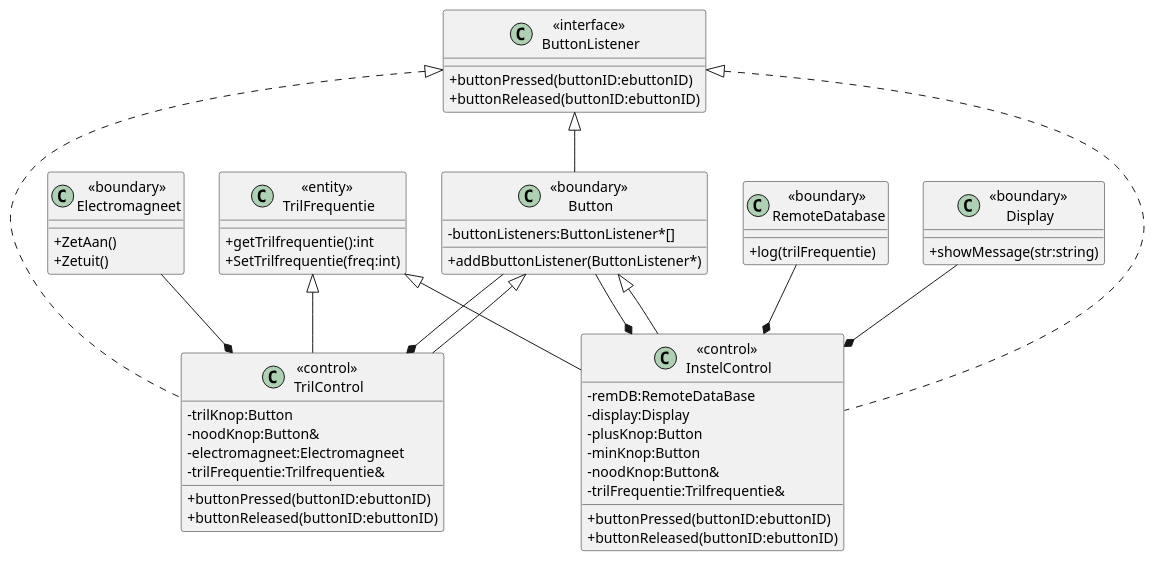
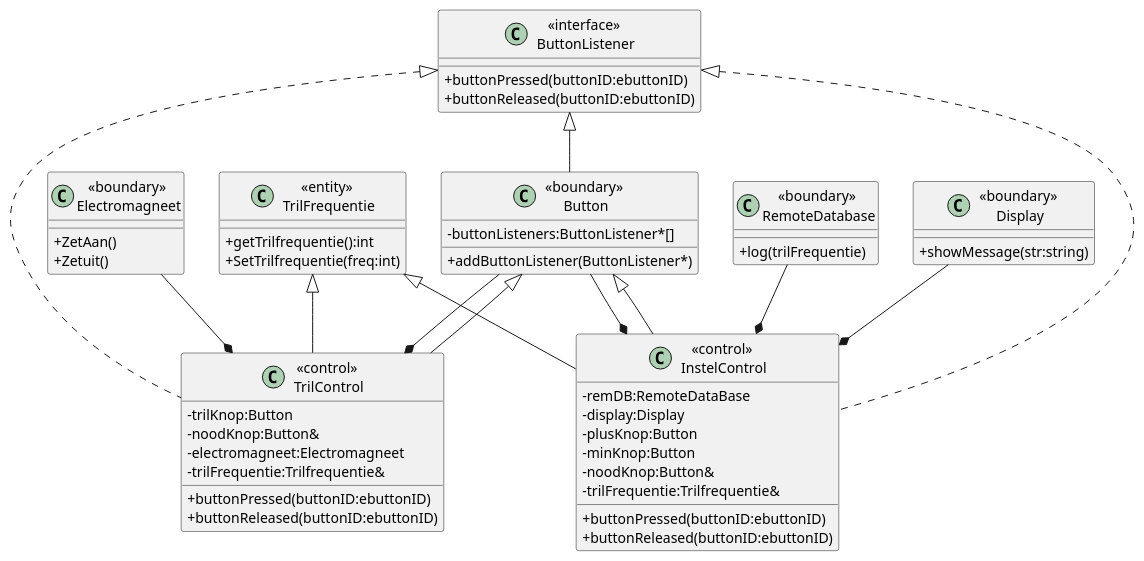
Diagram 28 of 30 in software/modelleren/plantuml/plantuml.md (HU-TI-DEV/TI-S3), drawn with PlantUML before and after one commit. The commit also changed other lines of this file and 2 other files, not shown here.

Commit message:
29 diagrams...

````diff
--- a/software/modelleren/plantuml/plantuml.md
+++ b/software/modelleren/plantuml/plantuml.md
@@ -761,51 +761,51 @@
 ```plantuml
 @startuml
 skinparam classAttributeIconSize 0
 
 class "<<entity>> \nTrilFrequentie" as c1
 c1 : +getTrilfrequentie():int
 c1 : +SetTrilfrequentie(freq:int)
 class "<<control>> \nTrilControl" as c2
 c2 : -trilKnop:Button
 c2 : -noodKnop:Button&
 c2 : -electromagneet:Electromagneet
 c2 : -trilFrequentie:Trilfrequentie&
 c2 : +buttonPressed(buttonID:ebuttonID)
 c2 : +buttonReleased(buttonID:ebuttonID)
 class "<<boundary>> \nElectromagneet" as c3
 c3  : +ZetAan()
 c3 : +Zetuit()
 class "<<control>> \nInstelControl" as c4
 c4 : -remDB:RemoteDataBase
 c4 : -display:Display
 c4 : -plusKnop:Button
 c4 : -minKnop:Button
 c4 : -noodKnop:Button&
 c4 : -trilFrequentie:Trilfrequentie&
 c4 : +buttonPressed(buttonID:ebuttonID)
 c4 : +buttonReleased(buttonID:ebuttonID)
 class "<<boundary>> \nRemoteDatabase" as c5
 c5 : +log(trilFrequentie)
 class "<<boundary>> \nDisplay" as c9
 c9 : +showMessage(str:string)
 class "<<boundary>> \nButton" as c12
 c12 : -buttonListeners:ButtonListener*[]
-c12 : +addBbuttonListener(ButtonListener*)
+c12 : +addButtonListener(ButtonListener*)
 class "<<interface>> \nButtonListener" as c13
 c13 : +buttonPressed(buttonID:ebuttonID)
 c13 : +buttonReleased(buttonID:ebuttonID)
 
 c1 <|-- c4 
 c5 --* c4 
 c9 --* c4 
 c3 --* c2
 c1 <|-- c2 
 c12 --* c4
 c12 --* c2
 c13 <|-- c12
 c13 <|.. c2
 c13 <|.. c4
 c12 <|-- c2
 c12 <|-- c4
 @enduml
 ```
````
